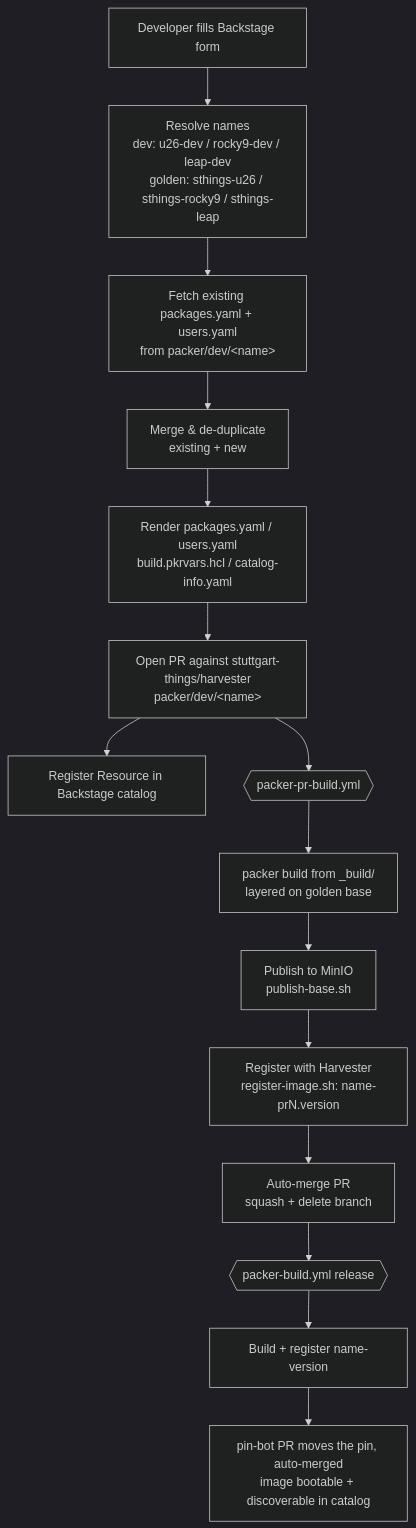
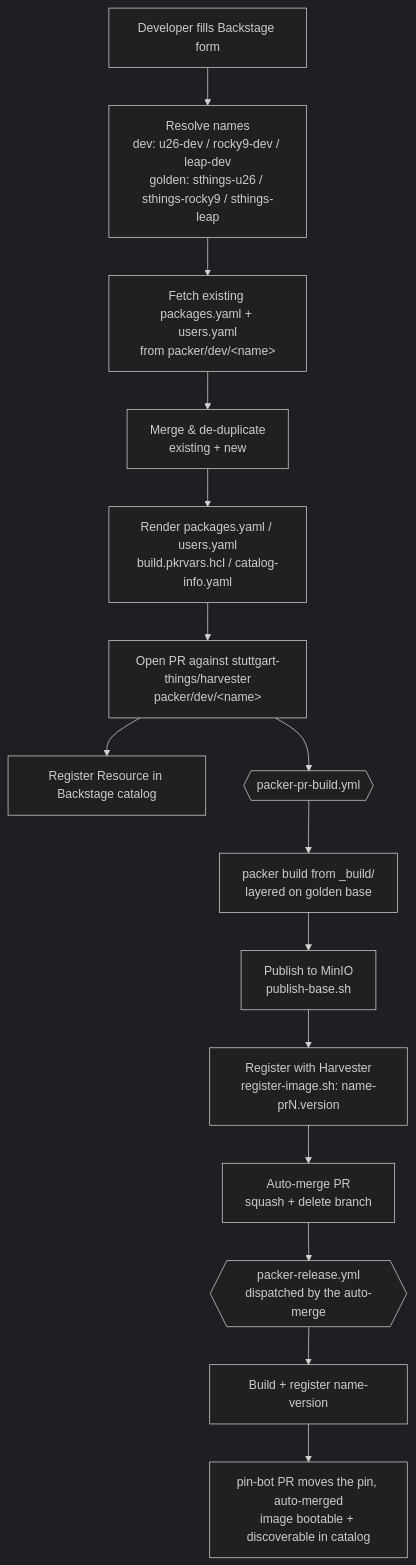
The diagram in templates/harvester-packer-devimage/README.md (stuttgart-things/backstage-resources), drawn with Mermaid (dark theme) before and after one commit. The commit also changed other lines of this file and 1 other file, not shown here.

First line of the commit message:
docs(harvester-packer-devimage): the dev release is dispatched by the auto-merge

````diff
--- a/templates/harvester-packer-devimage/README.md
+++ b/templates/harvester-packer-devimage/README.md
@@ -29,17 +30,17 @@
 ```mermaid
 flowchart TD
     A[Developer fills Backstage form] --> B[Resolve names<br/>dev: u26-dev / rocky9-dev / leap-dev<br/>golden: sthings-u26 / sthings-rocky9 / sthings-leap]
     B --> C[Fetch existing packages.yaml + users.yaml<br/>from packer/dev/&lt;name&gt;]
     C --> D[Merge & de-duplicate<br/>existing + new]
     D --> E[Render packages.yaml / users.yaml<br/>build.pkrvars.hcl / catalog-info.yaml]
     E --> F[Open PR against stuttgart-things/harvester<br/>packer/dev/&lt;name&gt;]
     F --> G[Register Resource in Backstage catalog]
     F --> H{{packer-pr-build.yml}}
     H --> I[packer build from _build/<br/>layered on golden base]
     I --> J[Publish to MinIO<br/>publish-base.sh]
     J --> J2[Register with Harvester<br/>register-image.sh: name-prN.version]
     J2 --> K[Auto-merge PR<br/>squash + delete branch]
-    K --> M{{packer-build.yml release}}
+    K --> M{{packer-release.yml<br/>dispatched by the auto-merge}}
     M --> N[Build + register name-version]
     N --> L[pin-bot PR moves the pin, auto-merged<br/>image bootable + discoverable in catalog]
 ```
````
